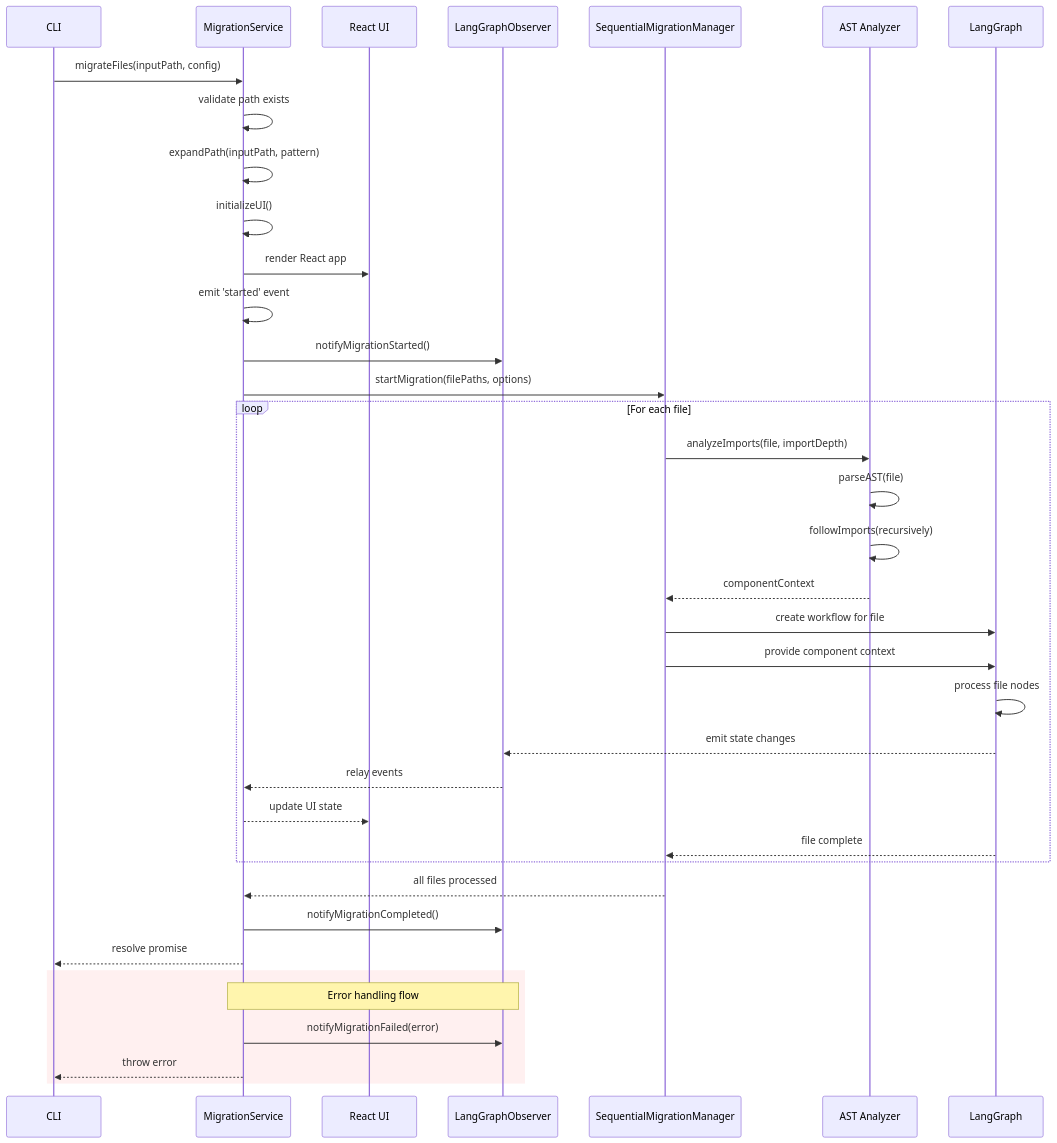
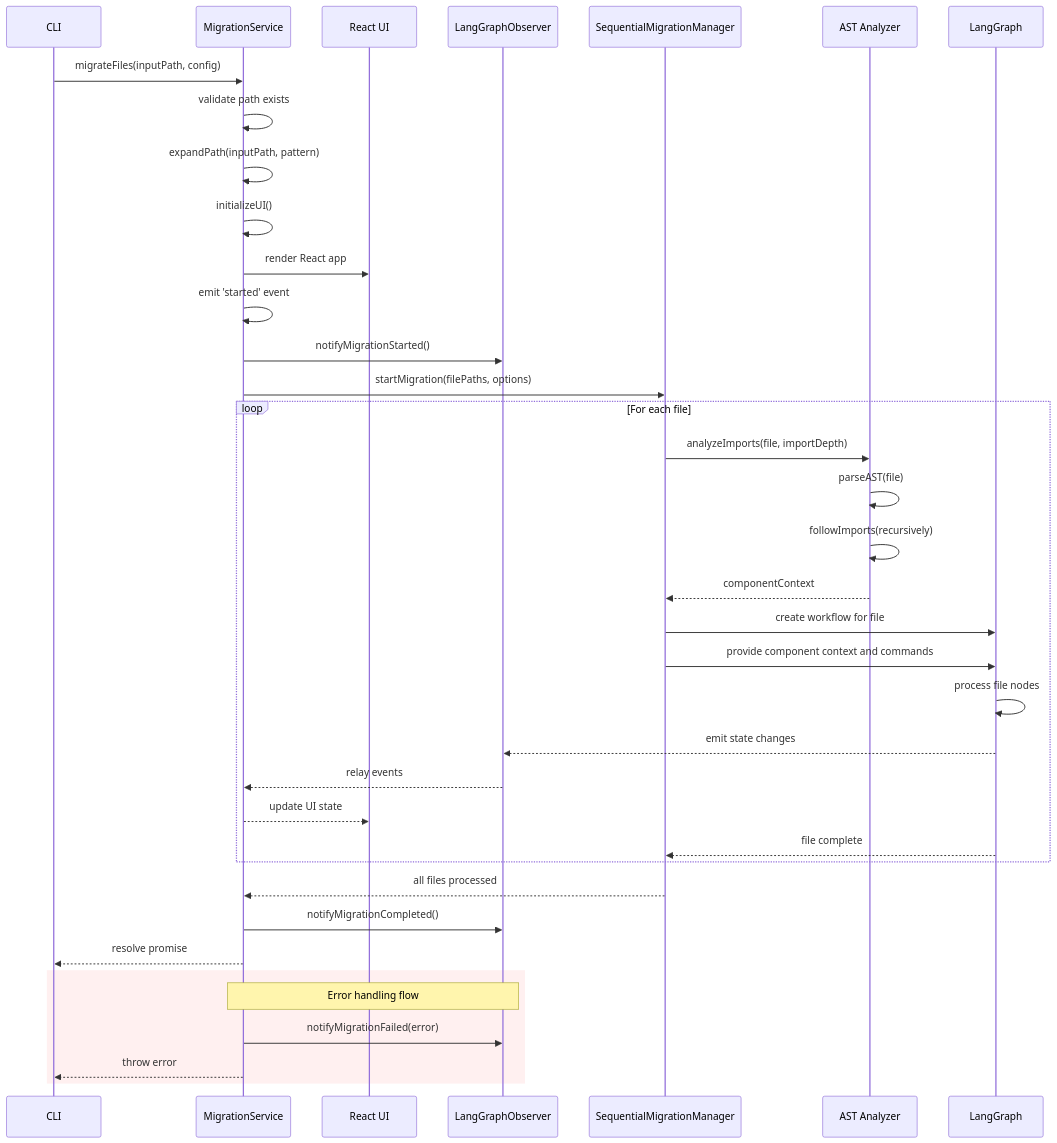
The diagram in migration-service.md (Rolilink/unshallow), drawn with Mermaid before and after one commit. The commit also changed other lines of this file and 4 other files, not shown here.

````diff
--- a/migration-service.md
+++ b/migration-service.md
@@ -261,61 +296,61 @@
 ```mermaid
 sequenceDiagram
     participant CLI
     participant MigrationService
     participant UI as React UI
     participant Observer as LangGraphObserver
     participant Manager as SequentialMigrationManager
     participant AST as AST Analyzer
     participant LangGraph
     
     CLI->>MigrationService: migrateFiles(inputPath, config)
     
     %% Path validation and file discovery
     MigrationService->>MigrationService: validate path exists
     MigrationService->>MigrationService: expandPath(inputPath, pattern)
     
     %% UI initialization
     MigrationService->>MigrationService: initializeUI()
     MigrationService->>UI: render React app
     
     %% Event setup
     MigrationService->>MigrationService: emit 'started' event
     MigrationService->>Observer: notifyMigrationStarted()
     
     %% Start migration process
     MigrationService->>Manager: startMigration(filePaths, options)
     
     %% Process files one by one
     loop For each file
         %% Import analysis
         Manager->>AST: analyzeImports(file, importDepth)
         AST->>AST: parseAST(file)
         AST->>AST: followImports(recursively)
         AST-->>Manager: componentContext
         
         %% LangGraph processing
         Manager->>LangGraph: create workflow for file
-        Manager->>LangGraph: provide component context
+        Manager->>LangGraph: provide component context and commands
         LangGraph->>LangGraph: process file nodes
         
         %% State changes and event flow
         LangGraph-->>Observer: emit state changes
         Observer-->>MigrationService: relay events
         MigrationService-->>UI: update UI state
         
         %% File completion
         LangGraph-->>Manager: file complete
     end
     
     %% Migration completion
     Manager-->>MigrationService: all files processed
     MigrationService->>Observer: notifyMigrationCompleted()
     MigrationService-->>CLI: resolve promise
     
     %% Error handling path (alternative flow)
     rect rgb(255, 240, 240)
         Note over MigrationService,Observer: Error handling flow
         MigrationService->>Observer: notifyMigrationFailed(error)
         MigrationService-->>CLI: throw error
     end
 ```
````
